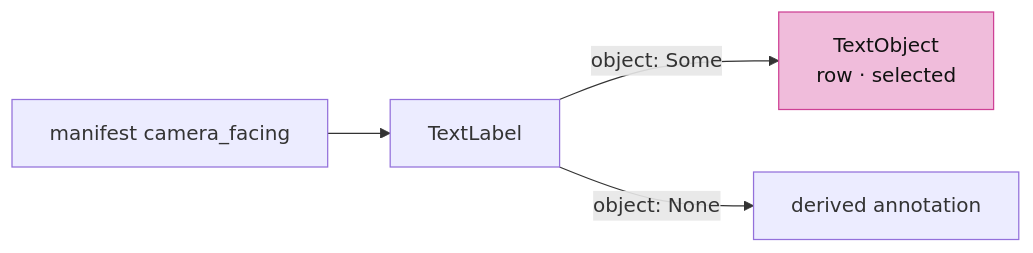
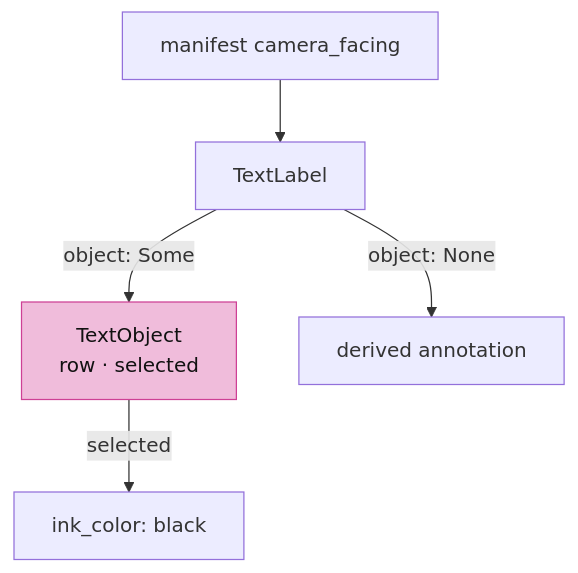
One commit to petrasvestartas/session changed diagram 12 of 26 in session_viewer/docs/17-source-presentation.md. Above: the diagram before and after it, drawn with Mermaid. The commit also changed other lines of this file and 34 other files, not shown here.

First line of the commit message:
Course: each lesson teaches its file's final form; diagrams fit the column

````diff
--- a/session_viewer/docs/17-source-presentation.md
+++ b/session_viewer/docs/17-source-presentation.md
@@ -165,7 +191,8 @@
 ```mermaid
-flowchart LR
+flowchart TB
     L["TextLabel"] -- "object: Some" --> O["TextObject<br/>row · selected"]
     L -- "object: None" --> D["derived annotation"]
+    O -- "selected" --> K["ink_color: black"]
     C["manifest camera_facing"] --> L
     style O fill:#f0bcdb,stroke:#ce4095,color:#111
 ```
````
